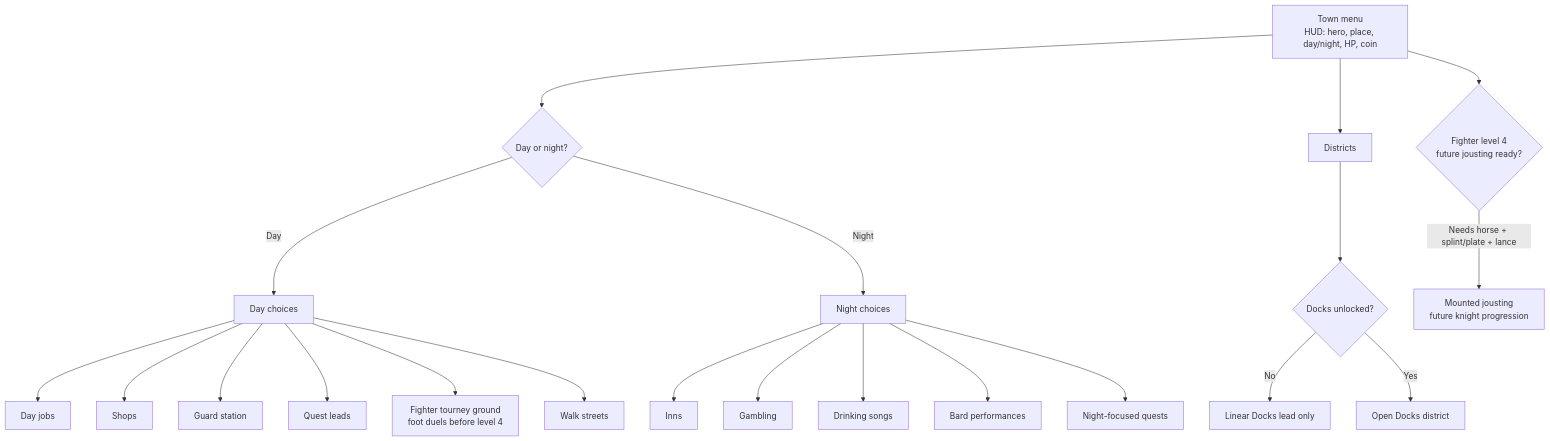
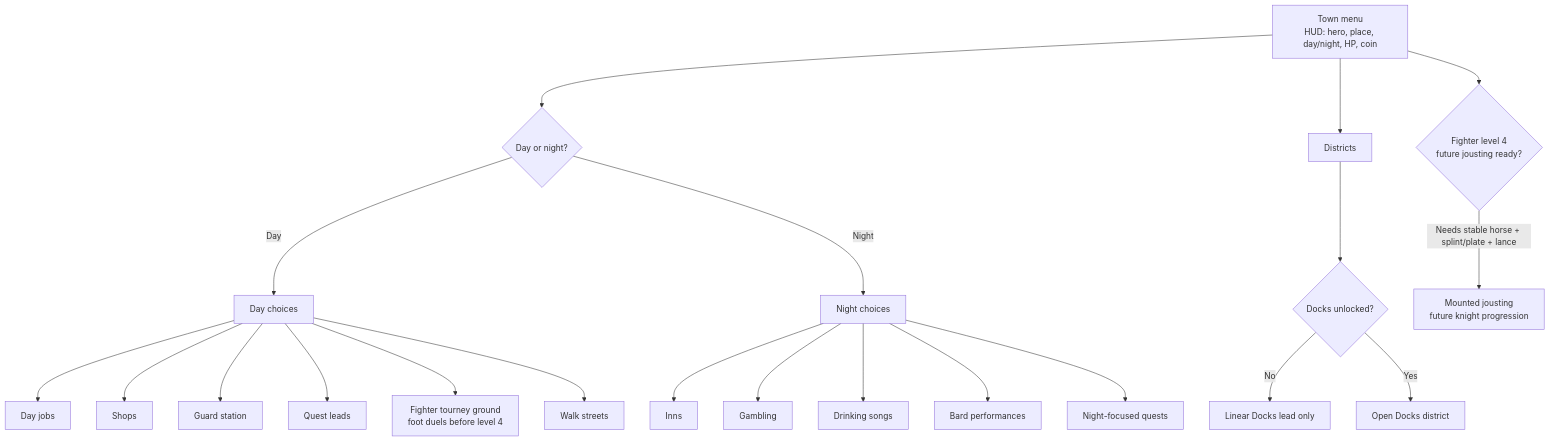
Before and after one commit to JesperYH24/dnd-git-adventure: the third of 3 diagrams in docs/visual-game-flow.md, drawn with Mermaid. The commit also changed 15 other files, not shown here.

````diff
--- a/docs/visual-game-flow.md
+++ b/docs/visual-game-flow.md
@@ -54,26 +54,26 @@
 ```mermaid
 flowchart TD
     Town["Town menu\nHUD: hero, place, day/night, HP, coin"] --> Time{"Day or night?"}
 
     Time -- "Day" --> DayChoices["Day choices"]
     DayChoices --> DayJobs["Day jobs"]
     DayChoices --> Shops["Shops"]
     DayChoices --> Guard["Guard station"]
     DayChoices --> QuestLeads["Quest leads"]
     DayChoices --> Tourney["Fighter tourney ground\nfoot duels before level 4"]
     DayChoices --> Streets["Walk streets"]
 
     Time -- "Night" --> NightChoices["Night choices"]
     NightChoices --> Inns["Inns"]
     NightChoices --> Gambling["Gambling"]
     NightChoices --> DrinkingSongs["Drinking songs"]
     NightChoices --> BardShows["Bard performances"]
     NightChoices --> NightQuests["Night-focused quests"]
 
     Town --> Districts["Districts"]
     Districts --> DocksGate{"Docks unlocked?"}
     DocksGate -- "No" --> DocksLead["Linear Docks lead only"]
     DocksGate -- "Yes" --> Docks["Open Docks district"]
     Town --> KnightGate{"Fighter level 4\nfuture jousting ready?"}
-    KnightGate -- "Needs horse + splint/plate + lance" --> FutureJoust["Mounted jousting\nfuture knight progression"]
+    KnightGate -- "Needs stable horse + splint/plate + lance" --> FutureJoust["Mounted jousting\nfuture knight progression"]
 ```
````
